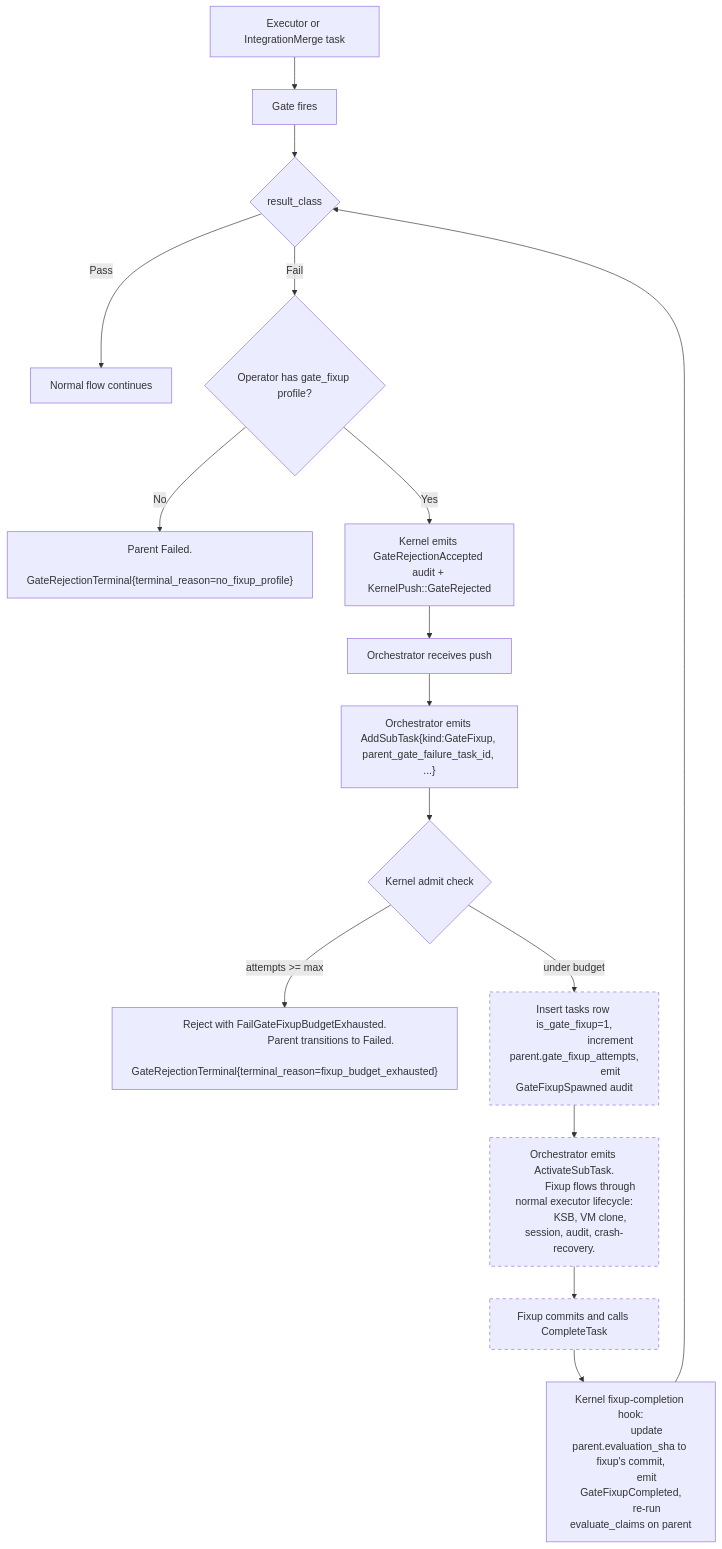
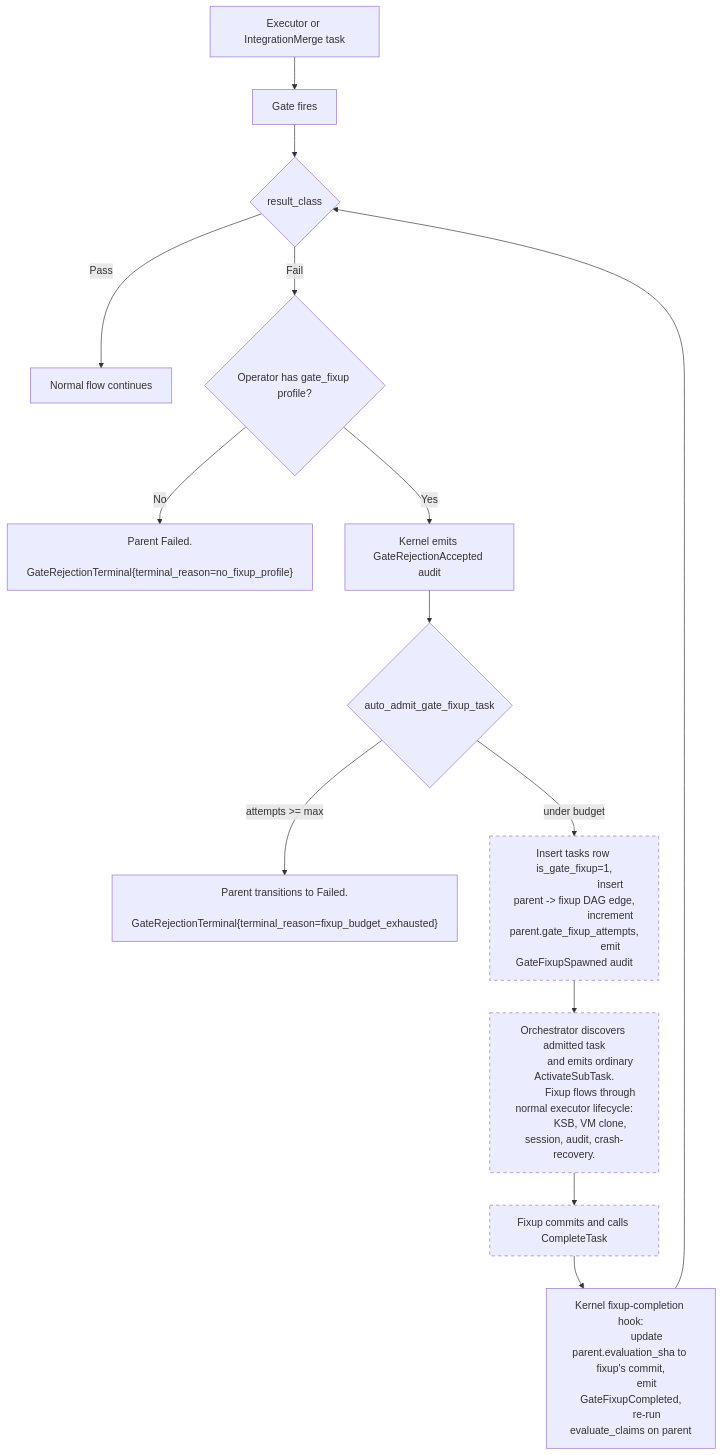
Before and after one commit to chika5105/raxis: the second of 2 diagrams in raxis/specs/v3/gate-rejection-orchestrator-fixup.md, drawn with Mermaid. The commit also changed other lines of this file and 7 other files, not shown here.

Commit message:
Update stale escalation and gate fixup docs

````diff
--- a/raxis/specs/v3/gate-rejection-orchestrator-fixup.md
+++ b/raxis/specs/v3/gate-rejection-orchestrator-fixup.md
@@ -203,31 +225,30 @@
 ```mermaid
 flowchart TD
     A[Executor or IntegrationMerge task] --> B[Gate fires]
     B --> C{result_class}
     C -->|Pass| D[Normal flow continues]
     C -->|Fail| E{Operator has gate_fixup profile?}
     E -->|No| F["Parent Failed.
                 GateRejectionTerminal{terminal_reason=no_fixup_profile}"]
-    E -->|Yes| G[Kernel emits GateRejectionAccepted audit + KernelPush::GateRejected]
-    G --> H[Orchestrator receives push]
-    H --> I["Orchestrator emits AddSubTask{kind:GateFixup, parent_gate_failure_task_id, ...}"]
-    I --> J{Kernel admit check}
-    J -->|"attempts >= max"| K["Reject with FailGateFixupBudgetExhausted.
-                                Parent transitions to Failed.
+    E -->|Yes| G[Kernel emits GateRejectionAccepted audit]
+    G --> H{auto_admit_gate_fixup_task}
+    H -->|"attempts >= max"| I["Parent transitions to Failed.
                                 GateRejectionTerminal{terminal_reason=fixup_budget_exhausted}"]
-    J -->|under budget| L["Insert tasks row is_gate_fixup=1,
+    H -->|under budget| J["Insert tasks row is_gate_fixup=1,
+                          insert parent -> fixup DAG edge,
                           increment parent.gate_fixup_attempts,
                           emit GateFixupSpawned audit"]
-    L --> M["Orchestrator emits ActivateSubTask.
+    J --> K["Orchestrator discovers admitted task
+            and emits ordinary ActivateSubTask.
             Fixup flows through normal executor lifecycle:
             KSB, VM clone, session, audit, crash-recovery."]
-    M --> N[Fixup commits and calls CompleteTask]
-    N --> O["Kernel fixup-completion hook:
+    K --> L[Fixup commits and calls CompleteTask]
+    L --> M["Kernel fixup-completion hook:
             update parent.evaluation_sha to fixup's commit,
             emit GateFixupCompleted,
             re-run evaluate_claims on parent"]
-    O --> C
+    M --> C
+    style J stroke-dasharray: 5 5
+    style K stroke-dasharray: 5 5
     style L stroke-dasharray: 5 5
-    style M stroke-dasharray: 5 5
-    style N stroke-dasharray: 5 5
 ```
````
